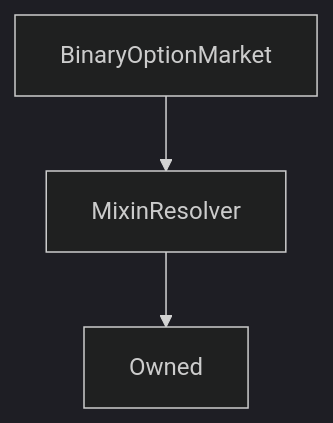
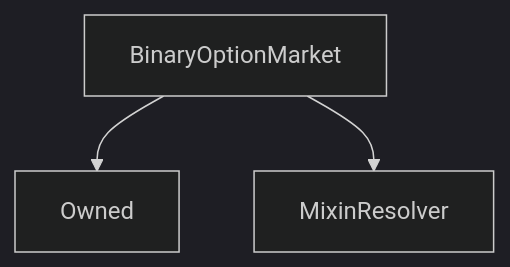
One commit to Synthetixio/synthetix-docs changed the diagram in content/contracts/source/contracts/BinaryOptionMarket.md. Above: the diagram before and after it, drawn with Mermaid (dark theme). The commit also changed other lines of this file and 117 other files, not shown here.

````diff
--- a/content/contracts/source/contracts/BinaryOptionMarket.md
+++ b/content/contracts/source/contracts/BinaryOptionMarket.md
@@ -135,6 +135,6 @@
 ```mermaid
 graph TD
+    BinaryOptionMarket[BinaryOptionMarket] --> Owned[Owned]
     BinaryOptionMarket[BinaryOptionMarket] --> MixinResolver[MixinResolver]
-    MixinResolver[MixinResolver] --> Owned[Owned]
 
 ```
````
